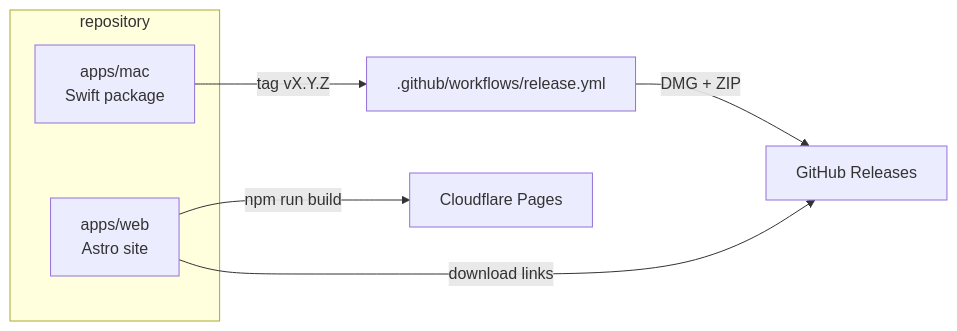
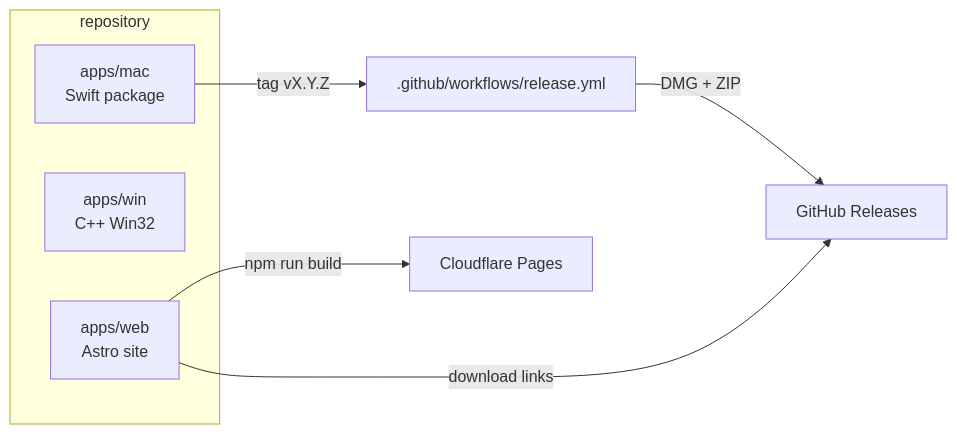
The first of 2 diagrams in docs/architecture/overview.md (XiaoXianThis/Origami), drawn with Mermaid before and after one commit. The commit also changed other lines of this file and 29 other files, not shown here.

````diff
--- a/docs/architecture/overview.md
+++ b/docs/architecture/overview.md
@@ -5,11 +5,12 @@
 ```mermaid
 flowchart LR
   subgraph repo[repository]
     mac[apps/mac<br/>Swift package]
+    win[apps/win<br/>C++ Win32]
     web[apps/web<br/>Astro site]
   end
   mac -- tag vX.Y.Z --> ci[.github/workflows/release.yml]
   ci -- DMG + ZIP --> rel[GitHub Releases]
   web -- download links --> rel
   web -- npm run build --> cf[Cloudflare Pages]
 ```
````
